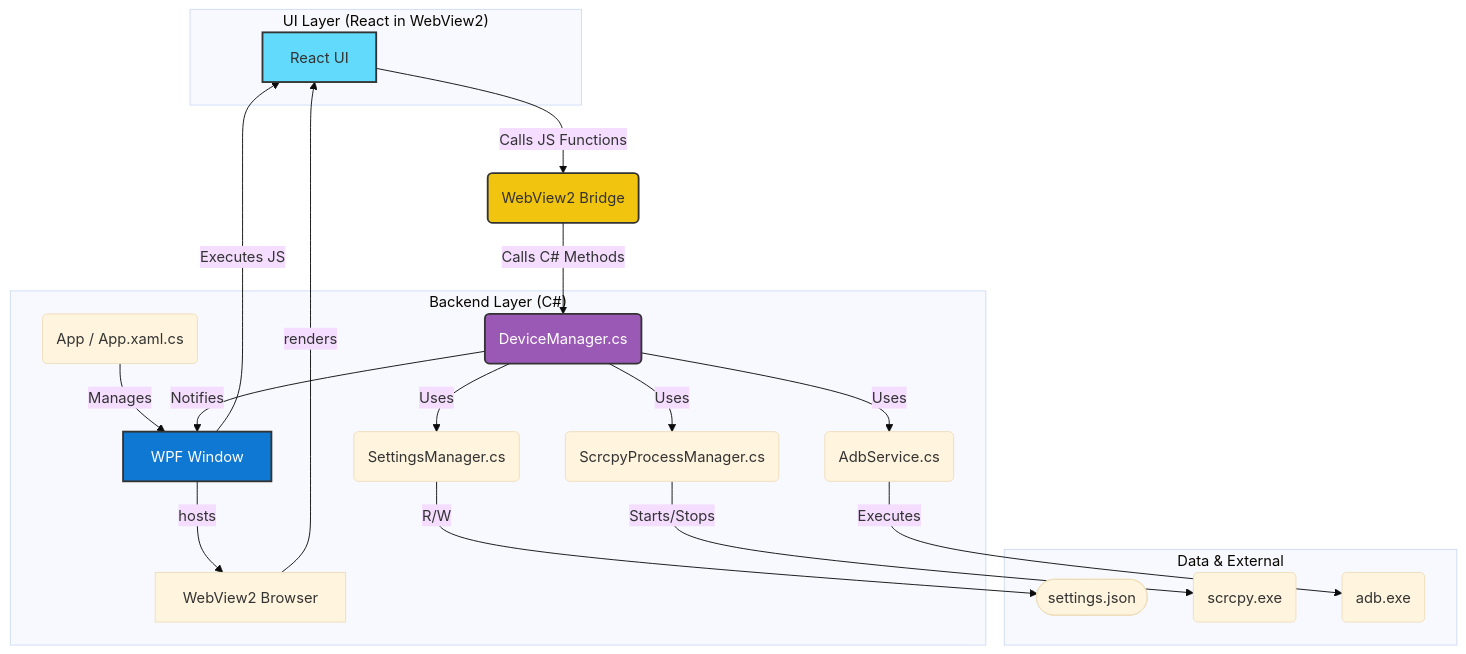
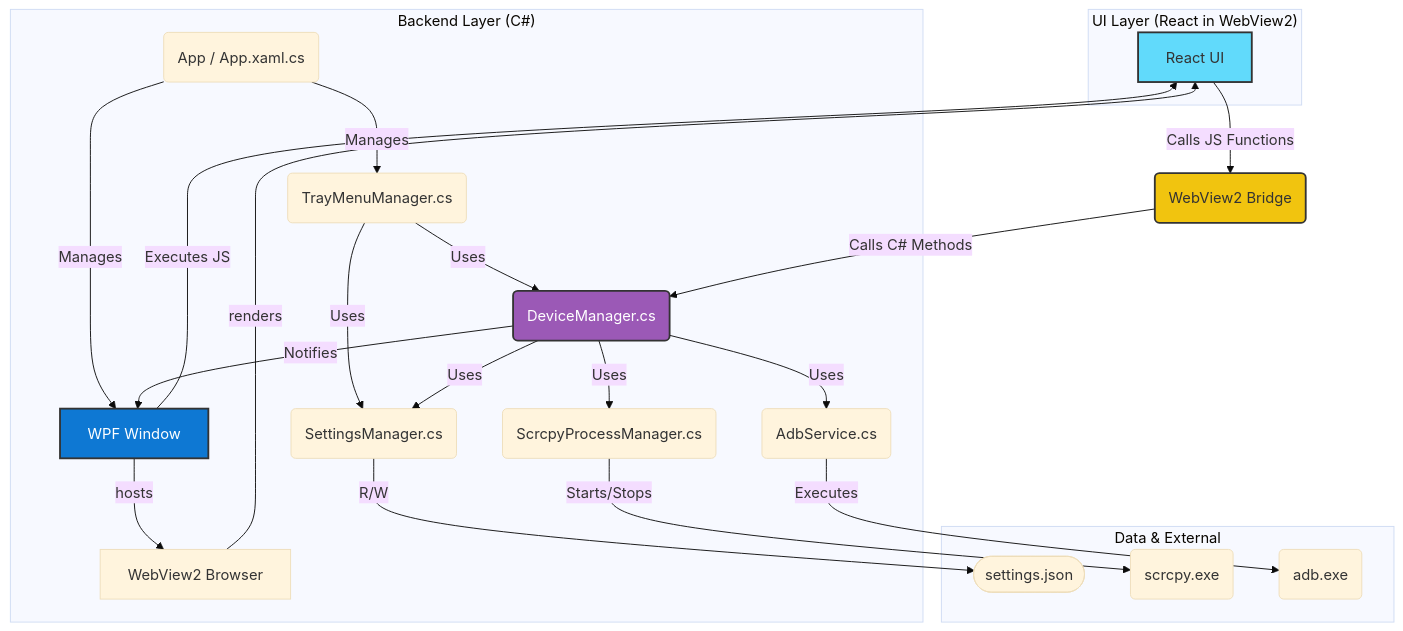
Before and after one commit to Nekolite-Studio/NL-ScrcpyTray: the diagram in markdown/docs/architecture.md, drawn with Mermaid (base theme). The commit also changed other lines of this file and 11 other files, not shown here.

````diff
--- a/markdown/docs/architecture.md
+++ b/markdown/docs/architecture.md
@@ -17,48 +17,53 @@
 ```mermaid
 graph TD
     subgraph "UI Layer (React in WebView2)"
         ReactApp[React UI]
     end
 
     subgraph "Backend Layer (C#)"
         WpfWindow[WPF Window]
         WebView2[WebView2 Browser]
         AppCore(App / App.xaml.cs)
+        TrayMenuManager(TrayMenuManager.cs)
         DeviceManager(DeviceManager.cs)
         ScrcpyProcessManager(ScrcpyProcessManager.cs)
         SettingsManager(SettingsManager.cs)
         AdbService(AdbService.cs)
     end
 
     subgraph "Data & External"
         ConfigFile([settings.json])
         ScrcpyProcess(scrcpy.exe)
         AdbProcess(adb.exe)
     end
     
     %% Interactions
     WpfWindow -- hosts --> WebView2
     WebView2 -- renders --> ReactApp
     
     AppCore -- Manages --> WpfWindow
+    AppCore -- Manages --> TrayMenuManager
+    
+    TrayMenuManager -- Uses --> DeviceManager
+    TrayMenuManager -- Uses --> SettingsManager
     
     ReactApp -- Calls JS Functions --> WebView2Bridge(WebView2 Bridge)
     WebView2Bridge -- Calls C# Methods --> DeviceManager
     
     DeviceManager -- Notifies --> WpfWindow
     WpfWindow -- Executes JS --> ReactApp
 
     DeviceManager -- Uses --> SettingsManager
     DeviceManager -- Uses --> AdbService
     DeviceManager -- Uses --> ScrcpyProcessManager
     
     SettingsManager -- R/W --> ConfigFile
     ScrcpyProcessManager -- Starts/Stops --> ScrcpyProcess
     AdbService -- Executes --> AdbProcess
 
     %% Styling
     style ReactApp fill:#61DAFB,stroke:#333,stroke-width:2px
     style WpfWindow fill:#0E78D3,stroke:#333,stroke-width:2px,color:#fff
     style DeviceManager fill:#9b59b6,stroke:#333,stroke-width:2px,color:#fff
     style WebView2Bridge fill:#f1c40f,stroke:#333,stroke-width:2px
 ```
````
